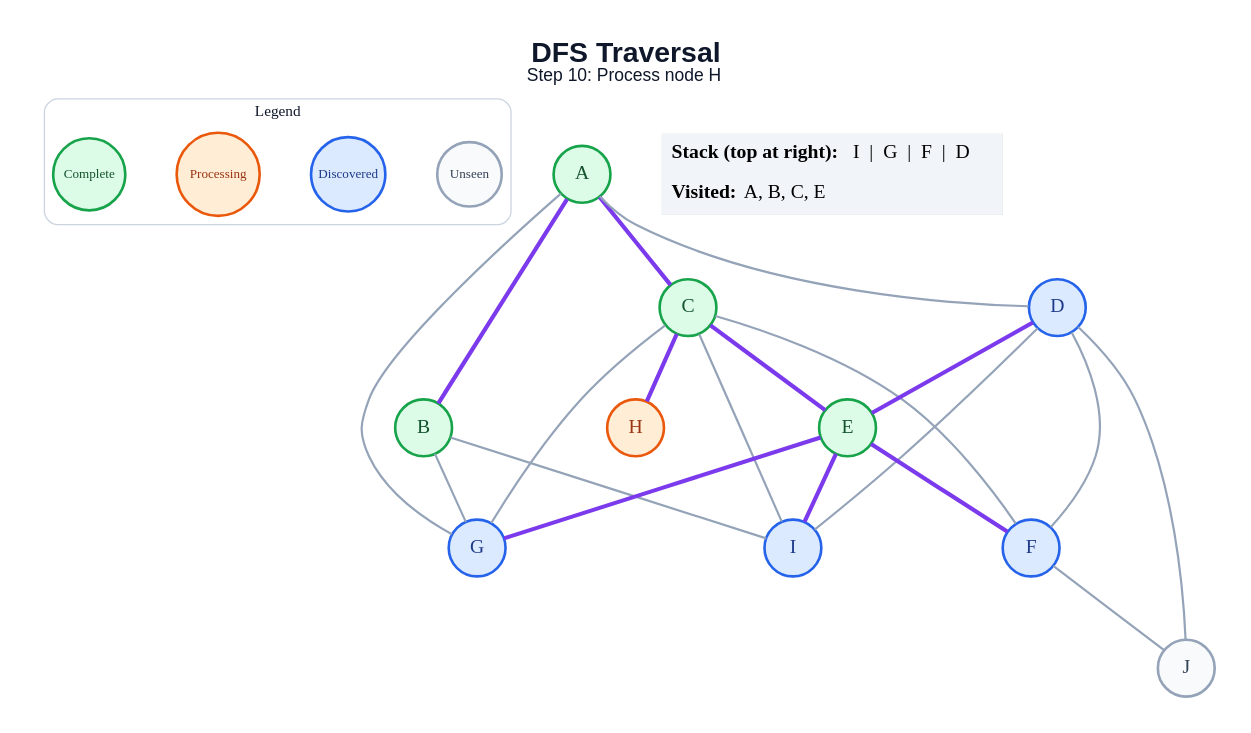
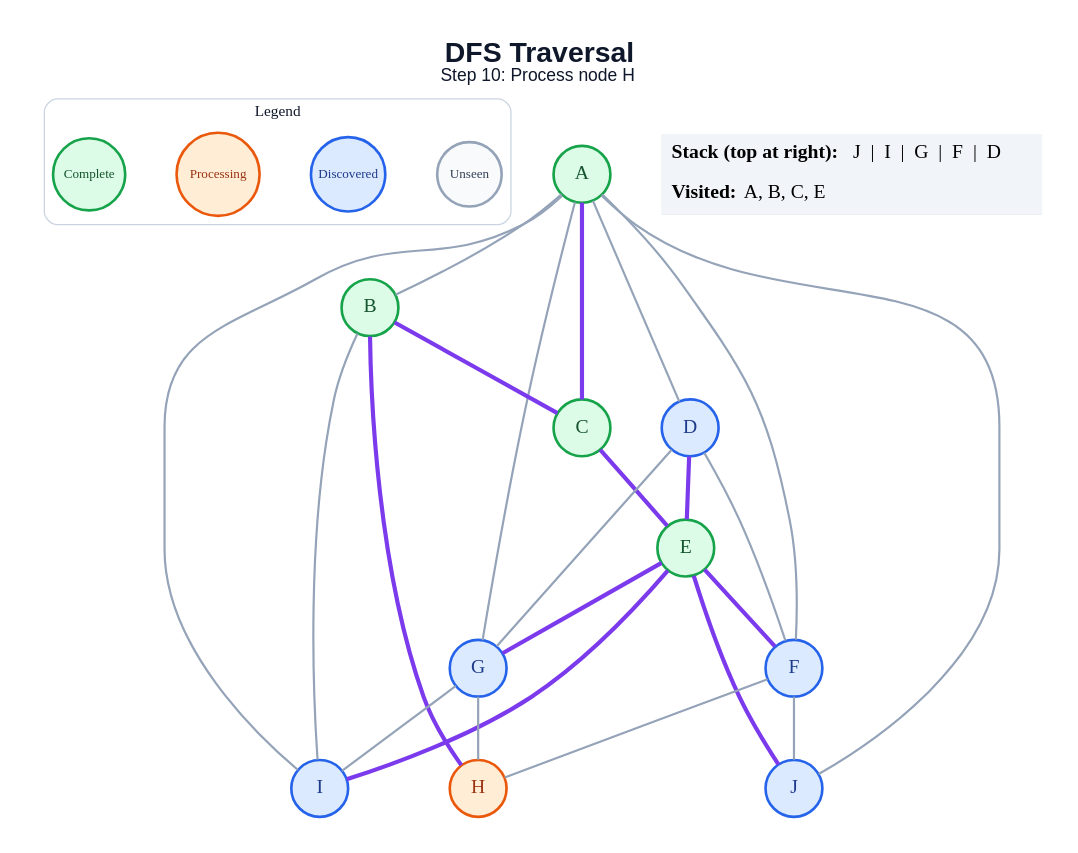
The diagram in generated/specific-node/dfs/step_10.dot (anon7238593-create/ai-slop), drawn with Graphviz before and after one commit. The commit also changed 178 other files, not shown here.

```diff
--- a/generated/specific-node/dfs/step_10.dot
+++ b/generated/specific-node/dfs/step_10.dot
@@ -1,48 +1,51 @@
 graph traversal {
   graph [layout=dot, rankdir=TB, bgcolor="#FFFFFF", pad="0.35", nodesep="0.65", ranksep="0.8", fontname="Arial"];
   node [shape=circle, style="filled", fontname="Arial Bold", fontsize=18, width=0.72, fixedsize=true, penwidth=2.4];
   edge [color="#94A3B8", penwidth=2.0];
   label=<<B>DFS Traversal</B><BR/><FONT POINT-SIZE="16">Step 10: Process node H</FONT>>; labelloc="t"; fontsize=26; fontname="Arial"; fontcolor="#0F172A";
   subgraph cluster_legend { label="Legend"; color="#CBD5E1"; penwidth=1.2; style="rounded"; fontsize=14; fontname="Arial Bold";
     key_unseen [label="Unseen", fillcolor="#F8FAFC", color="#94A3B8", fontcolor="#334155", fontsize=12, width=0.82];
     key_frontier [label="Discovered", fillcolor="#DBEAFE", color="#2563EB", fontcolor="#1E3A8A", fontsize=12, width=0.95];
     key_current [label="Processing", fillcolor="#FFEDD5", color="#EA580C", fontcolor="#9A3412", fontsize=12, width=1.05];
     key_done [label="Complete", fillcolor="#DCFCE7", color="#16A34A", fontcolor="#14532D", fontsize=12, width=0.92];
     { rank=same; key_unseen; key_frontier; key_current; key_done; }
   }
   A [fillcolor="#DCFCE7", color="#16A34A", fontcolor="#14532D"];
   B [fillcolor="#DCFCE7", color="#16A34A", fontcolor="#14532D"];
   C [fillcolor="#DCFCE7", color="#16A34A", fontcolor="#14532D"];
   D [fillcolor="#DBEAFE", color="#2563EB", fontcolor="#1E3A8A"];
   E [fillcolor="#DCFCE7", color="#16A34A", fontcolor="#14532D"];
   F [fillcolor="#DBEAFE", color="#2563EB", fontcolor="#1E3A8A"];
   G [fillcolor="#DBEAFE", color="#2563EB", fontcolor="#1E3A8A"];
   H [fillcolor="#FFEDD5", color="#EA580C", fontcolor="#9A3412"];
   I [fillcolor="#DBEAFE", color="#2563EB", fontcolor="#1E3A8A"];
-  J [fillcolor="#F8FAFC", color="#94A3B8", fontcolor="#334155"];
-  A -- B [color="#7C3AED", penwidth=3.8];
+  J [fillcolor="#DBEAFE", color="#2563EB", fontcolor="#1E3A8A"];
+  A -- B;
   A -- C [color="#7C3AED", penwidth=3.8];
   A -- D;
+  A -- F;
   A -- G;
-  B -- G;
+  A -- I;
+  A -- J;
+  B -- C [color="#7C3AED", penwidth=3.8];
+  B -- H [color="#7C3AED", penwidth=3.8];
   B -- I;
   C -- E [color="#7C3AED", penwidth=3.8];
-  C -- F;
-  C -- G;
-  C -- H [color="#7C3AED", penwidth=3.8];
-  C -- I;
   D -- E [color="#7C3AED", penwidth=3.8];
   D -- F;
-  D -- I;
-  D -- J;
+  D -- G;
   E -- F [color="#7C3AED", penwidth=3.8];
   E -- G [color="#7C3AED", penwidth=3.8];
   E -- I [color="#7C3AED", penwidth=3.8];
+  E -- J [color="#7C3AED", penwidth=3.8];
+  F -- H;
   F -- J;
+  G -- H;
+  G -- I;
   status [shape=plain, fixedsize=false, width=0, height=0, margin=0, label=<
     <TABLE BORDER="0" CELLBORDER="0" CELLPADDING="7" BGCOLOR="#F1F5F9">
-      <TR><TD ALIGN="LEFT"><B>Stack (top at right):</B> I  |  G  |  F  |  D</TD></TR>
+      <TR><TD ALIGN="LEFT"><B>Stack (top at right):</B> J  |  I  |  G  |  F  |  D</TD></TR>
       <TR><TD ALIGN="LEFT"><B>Visited:</B> A, B, C, E</TD></TR>
     </TABLE>
   >];
 }
```
